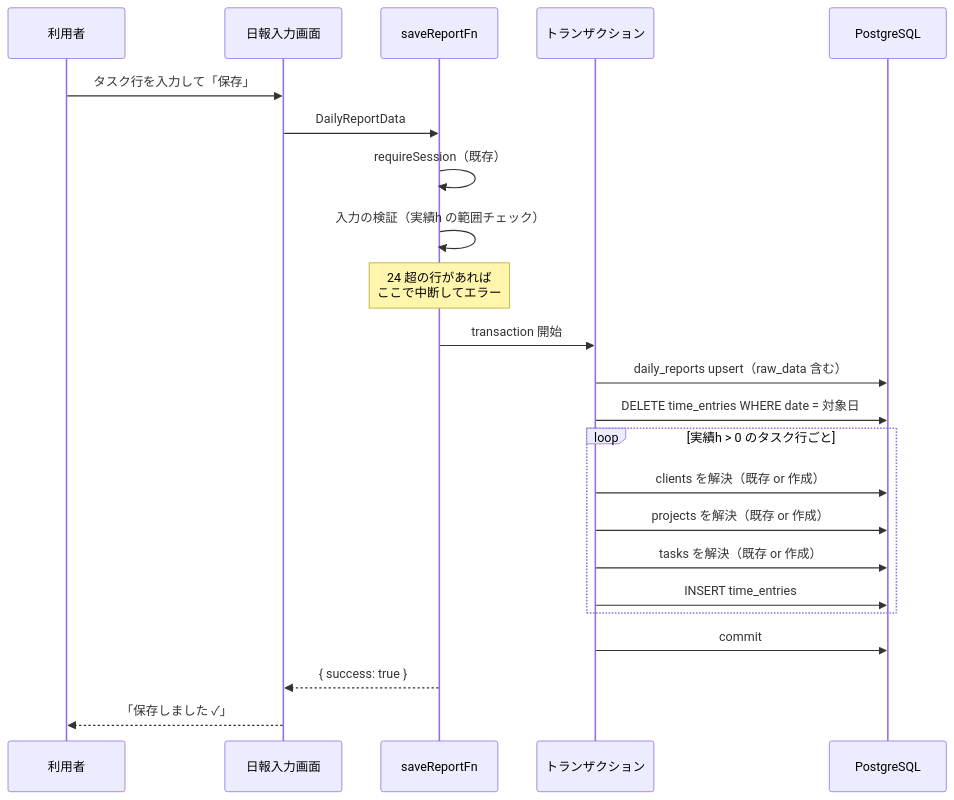
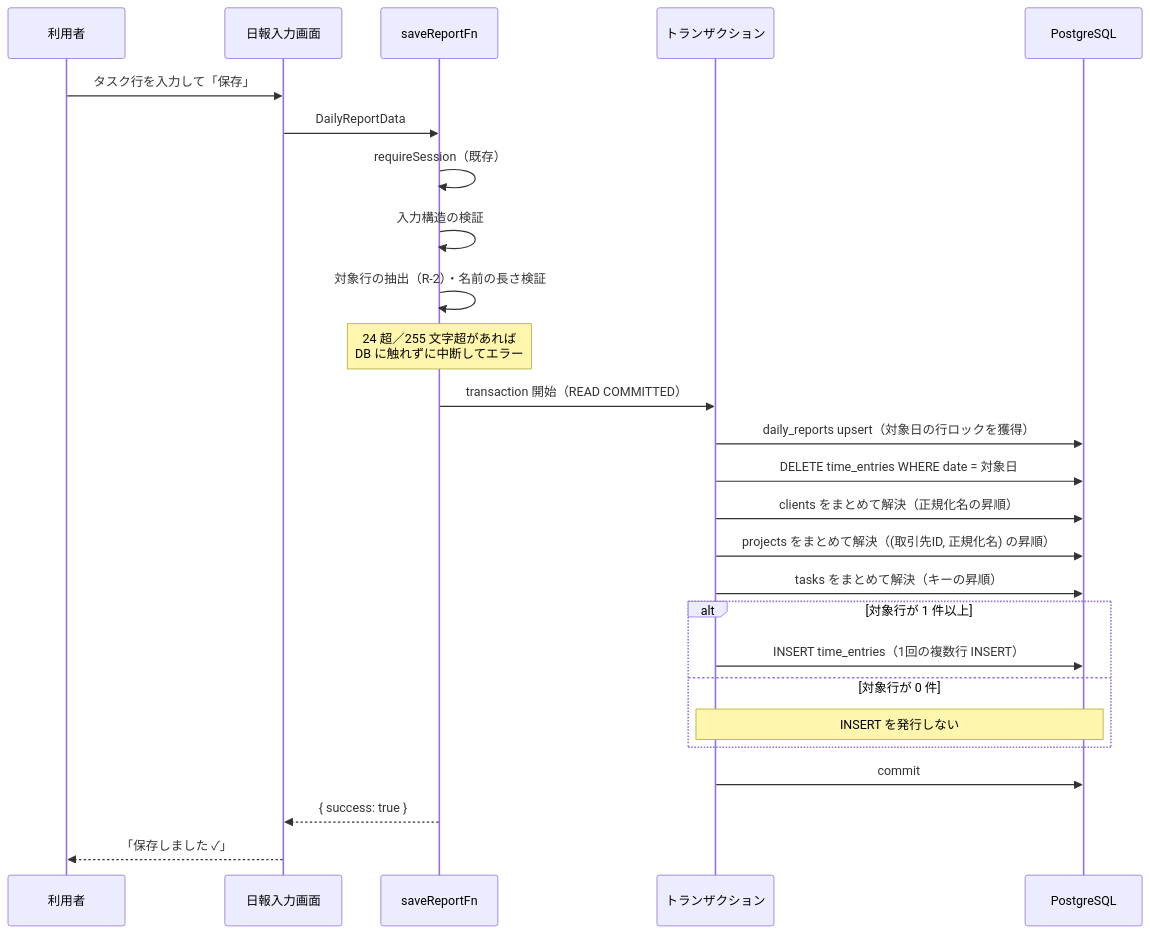
One commit to KenichiMatsumoto123/work-hub changed the first of 2 diagrams in docs/設計/工数実績の正規化保存/工数実績の正規化保存_設計書.md. Above: the diagram before and after it, drawn with Mermaid. The commit also changed other lines of this file, not shown here.

````diff
--- a/docs/設計/工数実績の正規化保存/工数実績の正規化保存_設計書.md
+++ b/docs/設計/工数実績の正規化保存/工数実績の正規化保存_設計書.md
@@ -142,26 +200,29 @@
 ```mermaid
 sequenceDiagram
     participant U as 利用者
     participant UI as 日報入力画面
     participant SF as saveReportFn
     participant TX as トランザクション
     participant DB as PostgreSQL
 
     U->>UI: タスク行を入力して「保存」
     UI->>SF: DailyReportData
     SF->>SF: requireSession（既存）
-    SF->>SF: 入力の検証（実績h の範囲チェック）
-    Note over SF: 24 超の行があれば<br/>ここで中断してエラー
-    SF->>TX: transaction 開始
-    TX->>DB: daily_reports upsert（raw_data 含む）
+    SF->>SF: 入力構造の検証
+    SF->>SF: 対象行の抽出（R-2）・名前の長さ検証
+    Note over SF: 24 超／255 文字超があれば<br/>DB に触れずに中断してエラー
+    SF->>TX: transaction 開始（READ COMMITTED）
+    TX->>DB: daily_reports upsert（対象日の行ロックを獲得）
     TX->>DB: DELETE time_entries WHERE date = 対象日
-    loop 実績h > 0 のタスク行ごと
-        TX->>DB: clients を解決（既存 or 作成）
-        TX->>DB: projects を解決（既存 or 作成）
-        TX->>DB: tasks を解決（既存 or 作成）
-        TX->>DB: INSERT time_entries
+    TX->>DB: clients をまとめて解決（正規化名の昇順）
+    TX->>DB: projects をまとめて解決（(取引先ID, 正規化名) の昇順）
+    TX->>DB: tasks をまとめて解決（キーの昇順）
+    alt 対象行が 1 件以上
+        TX->>DB: INSERT time_entries（1回の複数行 INSERT）
+    else 対象行が 0 件
+        Note over TX,DB: INSERT を発行しない
     end
     TX->>DB: commit
     SF-->>UI: { success: true }
     UI-->>U: 「保存しました ✓」
 ```
````
